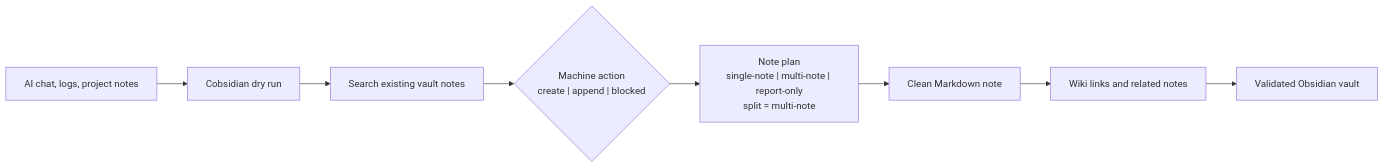
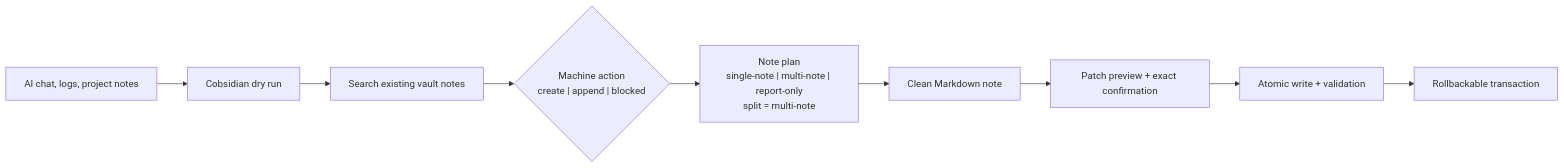
One commit to Totoro-qaq/Cobsidian changed the first of 2 diagrams in README.md. Above: the diagram before and after it, drawn with Mermaid. The commit also changed other lines of this file and 52 other files, not shown here.

````diff
--- a/README.md
+++ b/README.md
@@ -48,10 +48,11 @@
 ```mermaid
 flowchart LR
     A["AI chat, logs, project notes"] --> B["Cobsidian dry run"]
     B --> C["Search existing vault notes"]
     C --> D{"Machine action<br/>create | append | blocked"}
     D --> E["Note plan<br/>single-note | multi-note | report-only<br/>split = multi-note"]
     E --> F["Clean Markdown note"]
-    F --> G["Wiki links and related notes"]
-    G --> H["Validated Obsidian vault"]
+    F --> G["Patch preview + exact confirmation"]
+    G --> H["Atomic write + validation"]
+    H --> I["Rollbackable transaction"]
 ```
````
